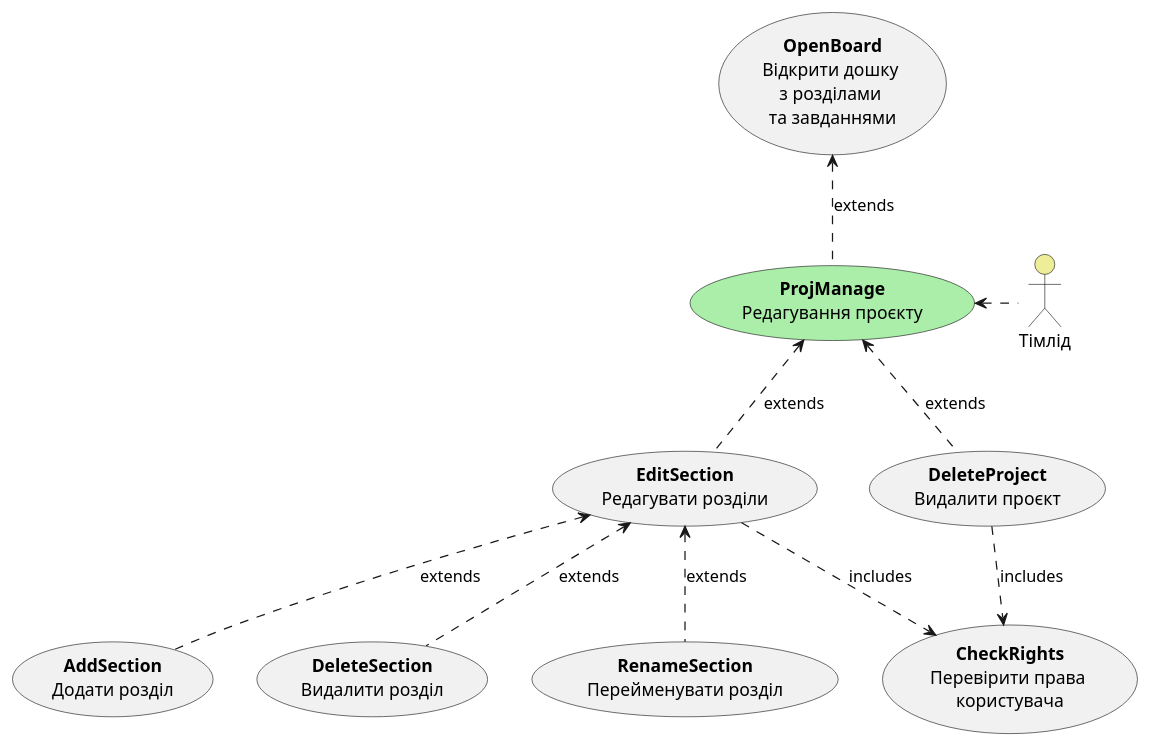
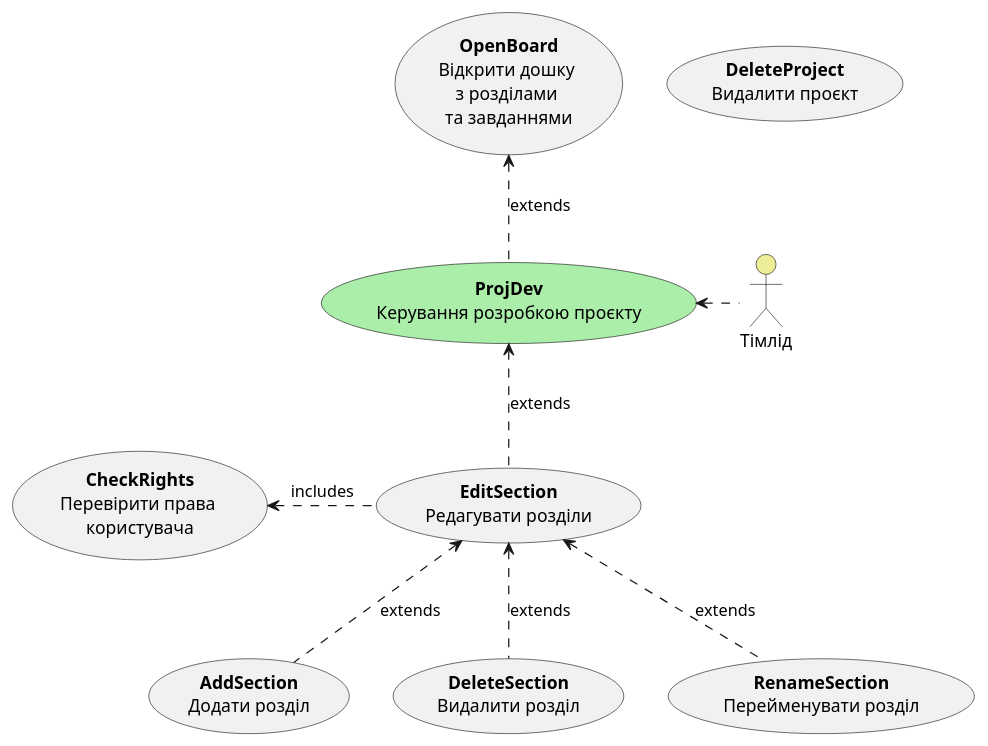
One commit to svitbar/dbuildery changed the third of 22 diagrams in docs/use cases/README.md. Above: the diagram before and after it, drawn with PlantUML. The commit also changed other lines of this file and 1 other file, not shown here.

```diff
--- a/docs/use cases/README.md
+++ b/docs/use cases/README.md
@@ -122,28 +128,26 @@
 @startuml
 
-    usecase "<b>ProjManage</b>\nРедагування проєкту" as ProjManage #aaeeaa
+    actor "Тімлід" as Teamlead #eeee99 
     
-    actor "Тімлід" as Teamlead #eeee99
+    usecase "<b>ProjDev</b>\nКерування розробкою проєкту" as ProjDev #aaeeaa
     
-    Teamlead .l.-> ProjManage
+    Teamlead .l.-> ProjDev
     
     usecase "<b>CheckRights</b>\nПеревірити права \nкористувача" as CheckRights
     
     usecase "<b>DeleteProject</b>\nВидалити проєкт" as DeleteProject
     usecase "<b>OpenBoard</b>\nВідкрити дошку \nз розділами \nта завданнями" as OpenBoard
     usecase "<b>EditSection</b>\nРедагувати розділи" as EditSection
     usecase "<b>AddSection</b>\nДодати розділ" as AddSection
     usecase "<b>DeleteSection</b>\nВидалити розділ" as DeleteSection
     usecase "<b>RenameSection</b>\nПерейменувати розділ" as RenameSection
     
-    ProjManage .u.> OpenBoard: extends
-    DeleteProject .u.> ProjManage: extends
-    EditSection .u.> ProjManage: extends
+    ProjDev .u.> OpenBoard: extends
+    EditSection .u.> ProjDev: extends
     AddSection .u.> EditSection: extends
     DeleteSection .u.> EditSection: extends
     RenameSection .u.> EditSection: extends
 
-    EditSection .d.> CheckRights: includes
-    DeleteProject .d.> CheckRights: includes
+    EditSection .l.> CheckRights: includes
     
 @enduml
```
